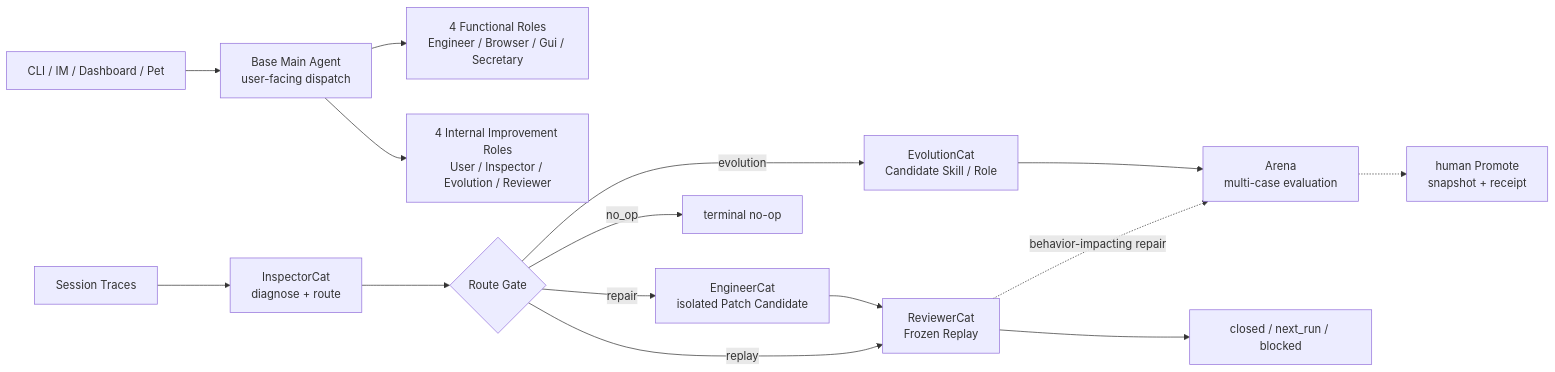
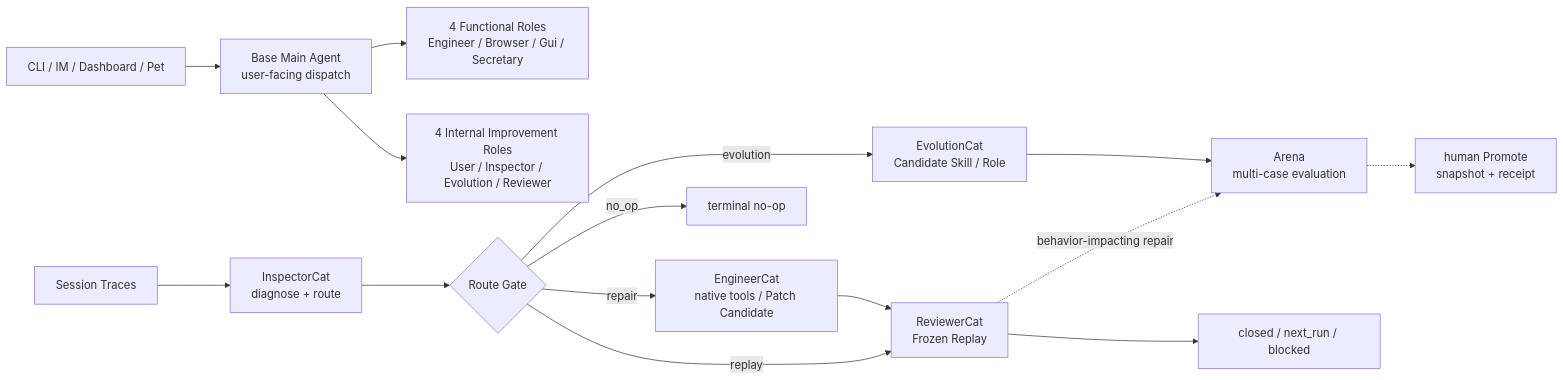
The first of 2 diagrams in docs/roles-skills/SPEC.md (fightheyyy/XiaoBa-CLI), drawn with Mermaid before and after one commit. The commit also changed other lines of this file and 40 other files, not shown here.

Commit message:
make EngineerCat a native coding role

````diff
--- a/docs/roles-skills/SPEC.md
+++ b/docs/roles-skills/SPEC.md
@@ -36,18 +36,18 @@
 ```mermaid
 flowchart LR
     Surface["CLI / IM / Dashboard / Pet"] --> Base["Base Main Agent<br/>user-facing dispatch"]
     Base --> Functional["4 Functional Roles<br/>Engineer / Browser / Gui / Secretary"]
     Base --> Internal["4 Internal Improvement Roles<br/>User / Inspector / Evolution / Reviewer"]
 
     Traces["Session Traces"] --> Inspector["InspectorCat<br/>diagnose + route"]
     Inspector --> Gate{"Route Gate"}
     Gate -->|evolution| Evolution["EvolutionCat<br/>Candidate Skill / Role"]
     Evolution --> Arena["Arena<br/>multi-case evaluation"]
     Arena -.-> Promote["human Promote<br/>snapshot + receipt"]
-    Gate -->|repair| Engineer["EngineerCat<br/>isolated Patch Candidate"]
+    Gate -->|repair| Engineer["EngineerCat<br/>native tools / Patch Candidate"]
     Engineer --> Reviewer["ReviewerCat<br/>Frozen Replay"]
     Reviewer -. "behavior-impacting repair" .-> Arena
     Reviewer --> ReviewEnd["closed / next_run / blocked"]
     Gate -->|replay| Reviewer
     Gate -->|no_op| NoOp["terminal no-op"]
 ```
````
